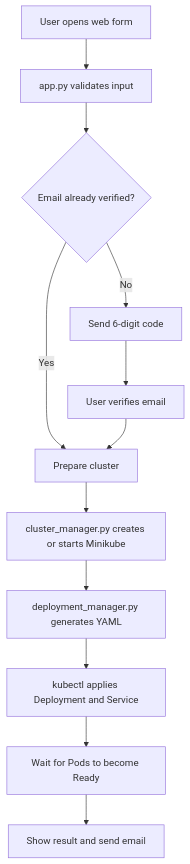
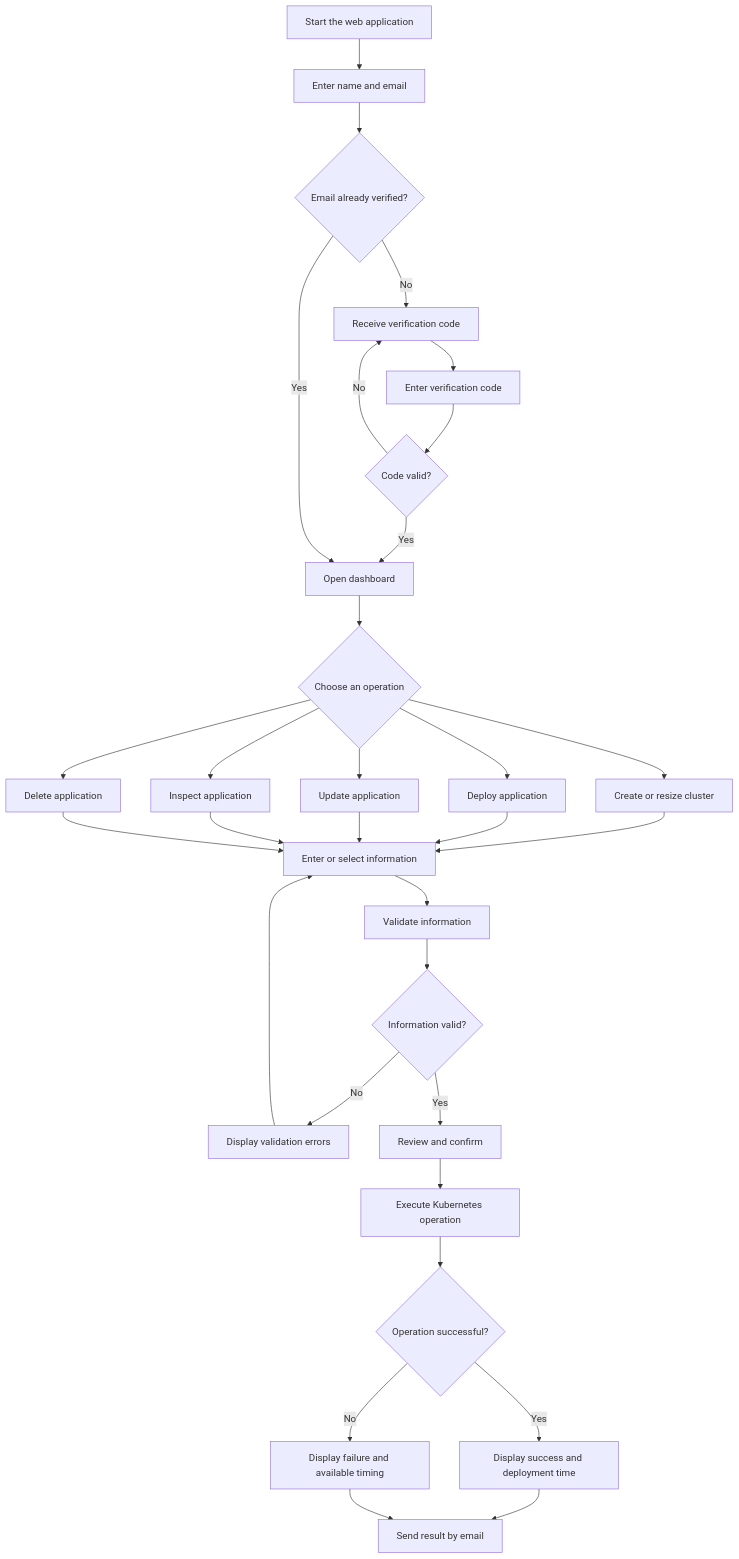
One commit to salmarashedy/Repository-name-Zero-Touch-K8s-Private changed the diagram in README.md. Above: the diagram before and after it, drawn with Mermaid. The commit also changed other lines of this file, not shown here.

````diff
--- a/README.md
+++ b/README.md
@@ -26,14 +39,43 @@
 ```mermaid
 flowchart TD
-    A["User opens web form"] --> B["app.py validates input"]
+    A["Start the web application"] --> B["Enter name and email"]
     B --> C{"Email already verified?"}
-    C -- No --> D["Send 6-digit code"]
-    D --> E["User verifies email"]
-    C -- Yes --> F["Prepare cluster"]
-    E --> F
-    F --> G["cluster_manager.py creates or starts Minikube"]
-    G --> H["deployment_manager.py generates YAML"]
-    H --> I["kubectl applies Deployment and Service"]
-    I --> J["Wait for Pods to become Ready"]
-    J --> K["Show result and send email"]
+
+    C -- "No" --> D["Receive verification code"]
+    D --> E["Enter verification code"]
+    E --> F{"Code valid?"}
+
+    F -- "No" --> D
+    F -- "Yes" --> G["Open dashboard"]
+    C -- "Yes" --> G
+
+    G --> H{"Choose an operation"}
+
+    H --> I["Create or resize cluster"]
+    H --> J["Deploy application"]
+    H --> K["Update application"]
+    H --> L["Inspect application"]
+    H --> M["Delete application"]
+
+    I --> N["Enter or select information"]
+    J --> N
+    K --> N
+    L --> N
+    M --> N
+
+    N --> O["Validate information"]
+    O --> P{"Information valid?"}
+
+    P -- "No" --> Q["Display validation errors"]
+    Q --> N
+
+    P -- "Yes" --> R["Review and confirm"]
+    R --> S["Execute Kubernetes operation"]
+    S --> T{"Operation successful?"}
+
+    T -- "Yes" --> U["Display success and deployment time"]
+    T -- "No" --> V["Display failure and available timing"]
+
+    U --> W["Send result by email"]
+    V --> W
 ```
````
